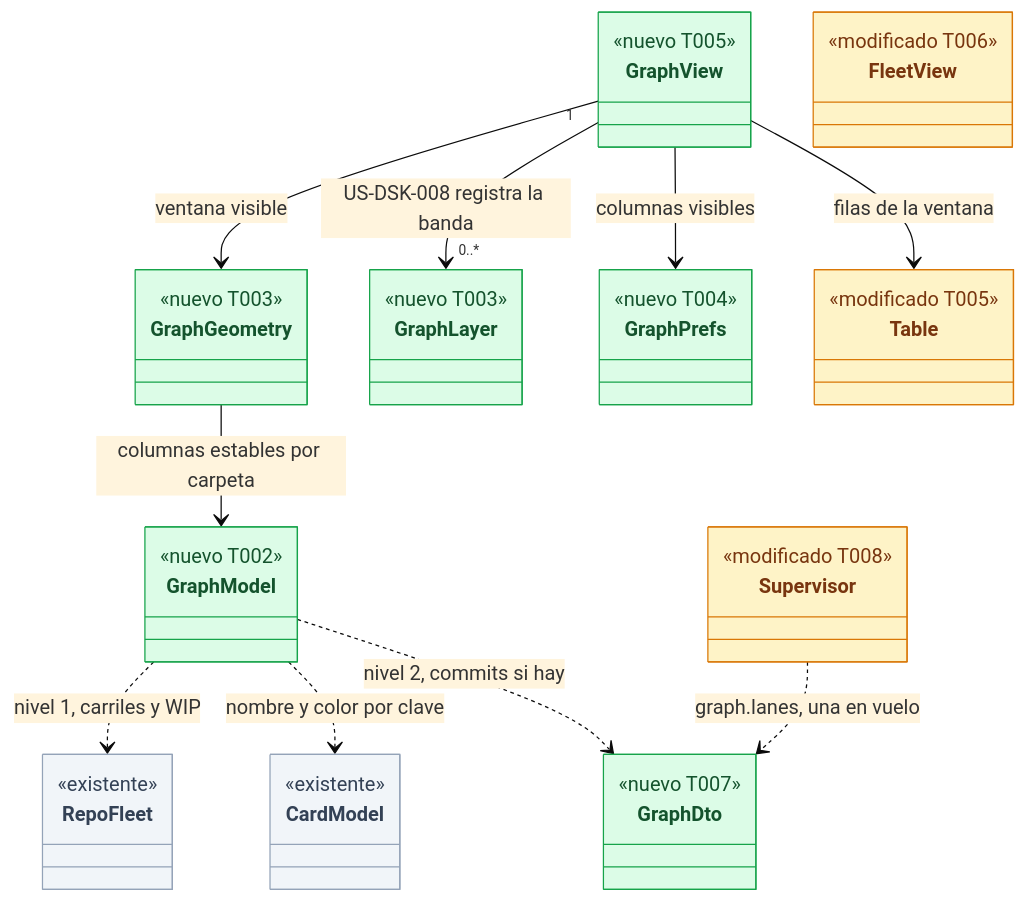
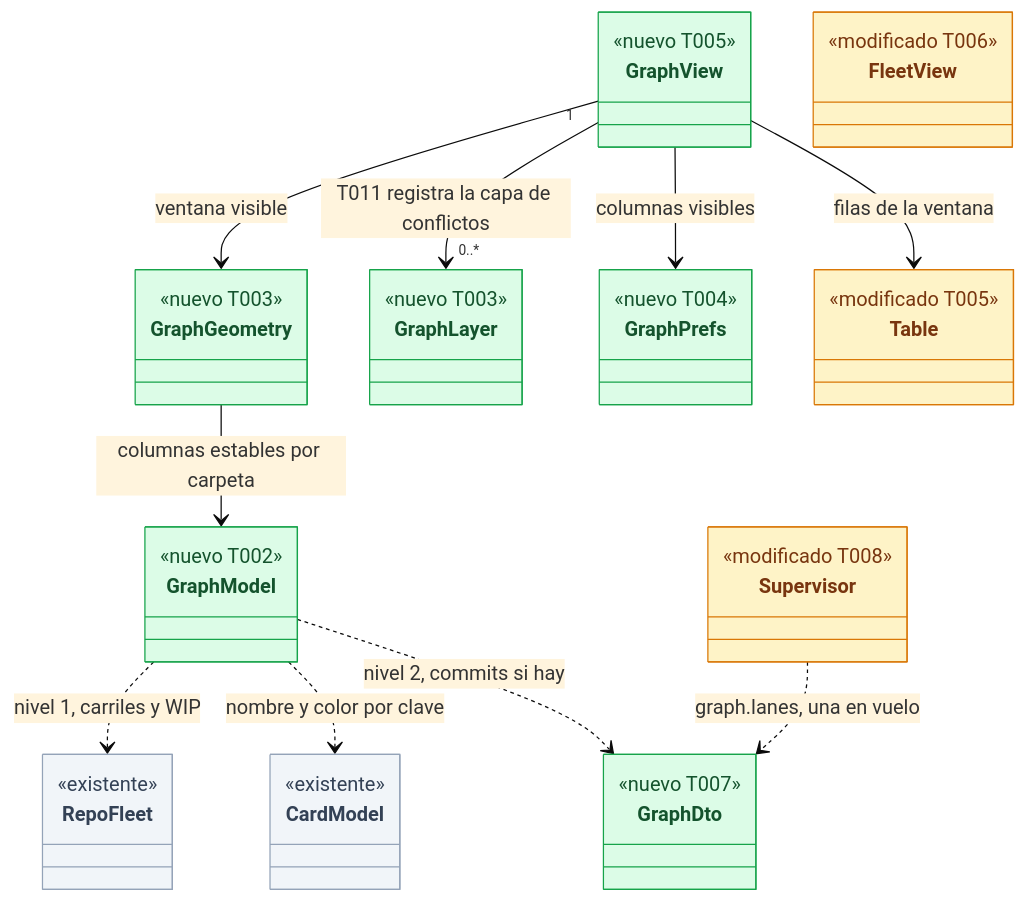
The first of 4 diagrams in docs/requirements/features/desktop/dev-specs/US-DSK-005-grafo-de-carriles.md (rbonillajr/gitRaptor), drawn with Mermaid (base theme) before and after one commit. The commit also changed other lines of this file and 2 other files, not shown here.

Commit message:
docs(desktop): apply the security and architecture review to DS-US-DSK-005, 007 and 008

````diff
--- a/docs/requirements/features/desktop/dev-specs/US-DSK-005-grafo-de-carriles.md
+++ b/docs/requirements/features/desktop/dev-specs/US-DSK-005-grafo-de-carriles.md
@@ -162,26 +163,26 @@
 ```mermaid
 classDiagram
     class GraphModel:::nuevo { <<nuevo T002>> }
     class GraphGeometry:::nuevo { <<nuevo T003>> }
     class GraphLayer:::nuevo { <<nuevo T003>> }
     class GraphPrefs:::nuevo { <<nuevo T004>> }
     class GraphView:::nuevo { <<nuevo T005>> }
     class Table:::modificado { <<modificado T005>> }
     class FleetView:::modificado { <<modificado T006>> }
     class GraphDto:::nuevo { <<nuevo T007>> }
     class Supervisor:::modificado { <<modificado T008>> }
     class RepoFleet:::existente { <<existente>> }
     class CardModel:::existente { <<existente>> }
     GraphModel ..> RepoFleet : nivel 1, carriles y WIP
     GraphModel ..> CardModel : nombre y color por clave
     GraphModel ..> GraphDto : nivel 2, commits si hay
     GraphGeometry --> GraphModel : columnas estables por carpeta
     GraphView --> GraphGeometry : ventana visible
-    GraphView "1" --> "0..*" GraphLayer : US-DSK-008 registra la banda
+    GraphView "1" --> "0..*" GraphLayer : T011 registra la capa de conflictos
     GraphView --> GraphPrefs : columnas visibles
     GraphView --> Table : filas de la ventana
     Supervisor ..> GraphDto : graph.lanes, una en vuelo
     classDef nuevo fill:#dcfce7,stroke:#16a34a,color:#14532d
     classDef modificado fill:#fef3c7,stroke:#d97706,color:#78350f
     classDef existente fill:#f1f5f9,stroke:#94a3b8,color:#334155
 ```
````
